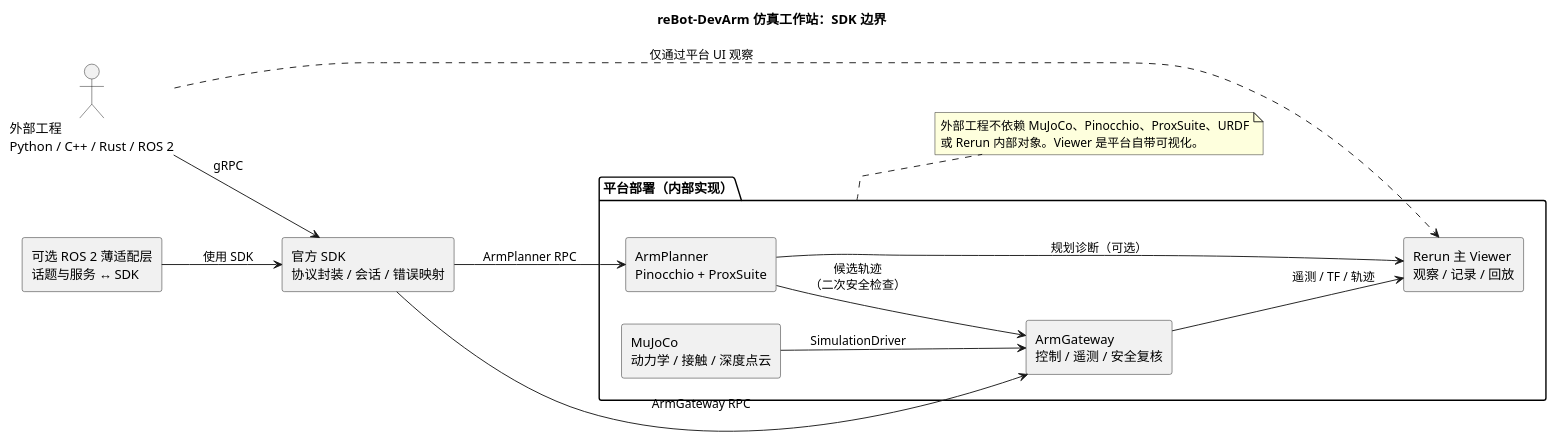
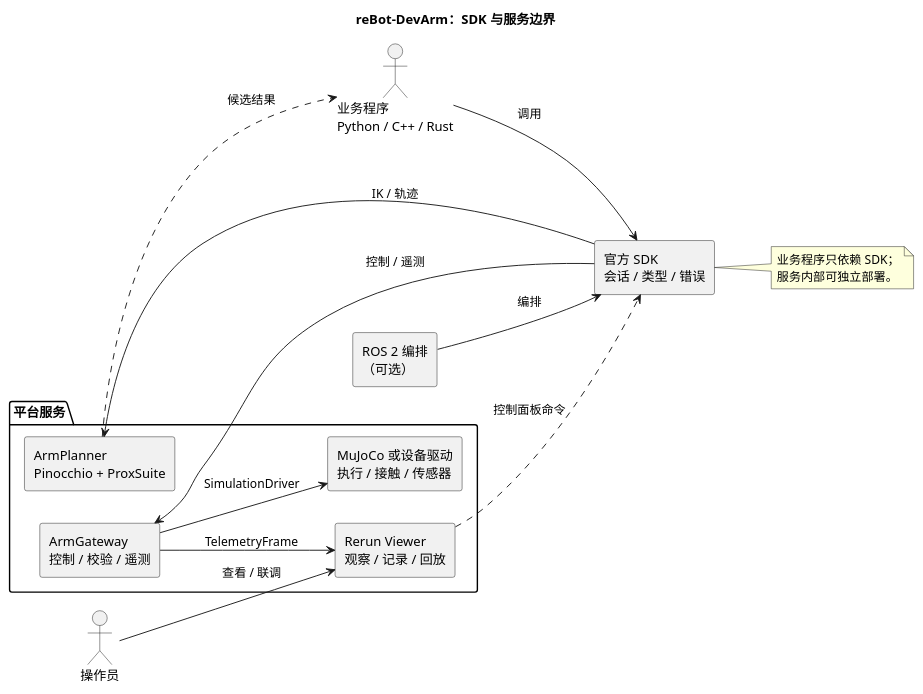
Before and after one commit to Shippuurl/reBot-DevArm-simulation: the diagram in seeed_arm_console/docs/diagrams/system-context.puml, drawn with PlantUML. The commit also changed 29 other files, not shown here.

```diff
--- a/seeed_arm_console/docs/diagrams/system-context.puml
+++ b/seeed_arm_console/docs/diagrams/system-context.puml
@@ -1,32 +1,33 @@
 @startuml
-title reBot-DevArm 仿真工作站：SDK 边界
+title reBot-DevArm：SDK 与服务边界
 left to right direction
 skinparam componentStyle rectangle
 skinparam shadowing false
 
-actor "外部工程\nPython / C++ / Rust / ROS 2" as external
-component "官方 SDK\n协议封装 / 会话 / 错误映射" as sdk
-component "可选 ROS 2 薄适配层\n话题与服务 ↔ SDK" as ros
+actor "业务程序\nPython / C++ / Rust" as application
+actor "操作员" as operator
+component "官方 SDK\n会话 / 类型 / 错误" as sdk
+component "ROS 2 编排\n（可选）" as ros
 
-package "平台部署（内部实现）" as platform {
-  component "ArmGateway\n控制 / 遥测 / 安全复核" as gateway
+package "平台服务" as platform {
   component "ArmPlanner\nPinocchio + ProxSuite" as planner
-  component "MuJoCo\n动力学 / 接触 / 深度点云" as mujoco
-  component "Rerun 主 Viewer\n观察 / 记录 / 回放" as viewer
+  component "ArmGateway\n控制 / 校验 / 遥测" as gateway
+  component "MuJoCo 或设备驱动\n执行 / 接触 / 传感器" as driver
+  component "Rerun Viewer\n观察 / 记录 / 回放" as viewer
 }
 
-external --> sdk : gRPC
-external ..> viewer : 仅通过平台 UI 观察
-ros --> sdk : 使用 SDK
-sdk --> gateway : ArmGateway RPC
-sdk --> planner : ArmPlanner RPC
-planner --> gateway : 候选轨迹\n（二次安全检查）
-mujoco --> gateway : SimulationDriver
-gateway --> viewer : 遥测 / TF / 轨迹
-planner --> viewer : 规划诊断（可选）
+application --> sdk : 调用
+ros --> sdk : 编排
+sdk --> planner : IK / 轨迹
+sdk --> gateway : 控制 / 遥测
+planner ..> application : 候选结果
+gateway --> driver : SimulationDriver
+gateway --> viewer : TelemetryFrame
+operator --> viewer : 查看 / 联调
+viewer ..> sdk : 控制面板命令
 
-note right of platform
-外部工程不依赖 MuJoCo、Pinocchio、ProxSuite、URDF
-或 Rerun 内部对象。Viewer 是平台自带可视化。
+note right of sdk
+业务程序只依赖 SDK；
+服务内部可独立部署。
 end note
 @enduml
```
